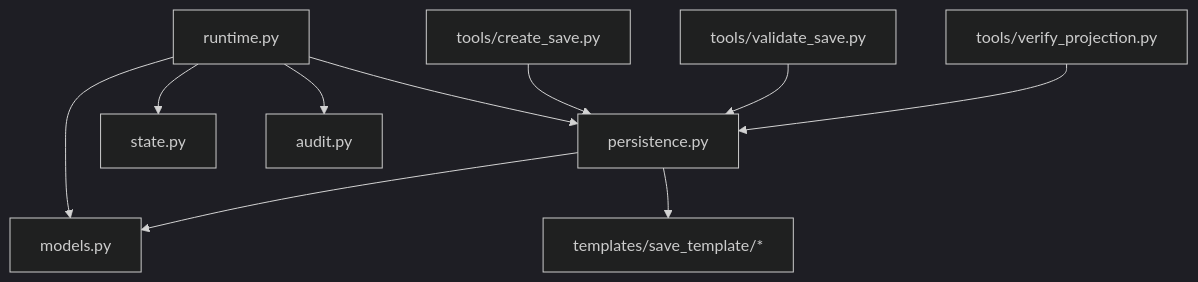
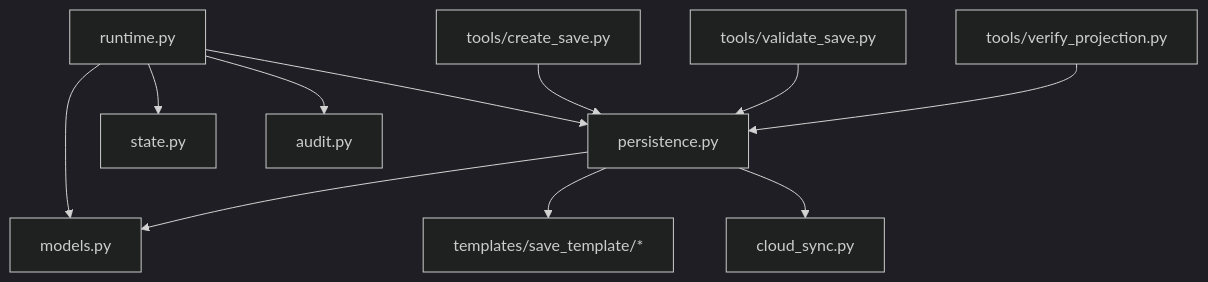
One commit to Ivandanslespace/thegreatnovel changed the eighth of 8 diagrams in .qoder/repowiki/zh/content/运行时系统/持久化层.md. Above: the diagram before and after it, drawn with Mermaid (dark theme). The commit also changed other lines of this file and 264 other files, not shown here.

````diff
--- a/.qoder/repowiki/zh/content/运行时系统/持久化层.md
+++ b/.qoder/repowiki/zh/content/运行时系统/持久化层.md
@@ -435,12 +473,13 @@
 ```mermaid
 graph TB
 runtime["runtime.py"] --> persistence["persistence.py"]
 runtime --> state["state.py"]
 runtime --> audit["audit.py"]
 runtime --> models["models.py"]
 persistence --> models
 persistence --> templates["templates/save_template/*"]
+persistence --> cloud["cloud_sync.py"]
 tools_create["tools/create_save.py"] --> persistence
 tools_validate["tools/validate_save.py"] --> persistence
 tools_verify["tools/verify_projection.py"] --> persistence
 ```
````
